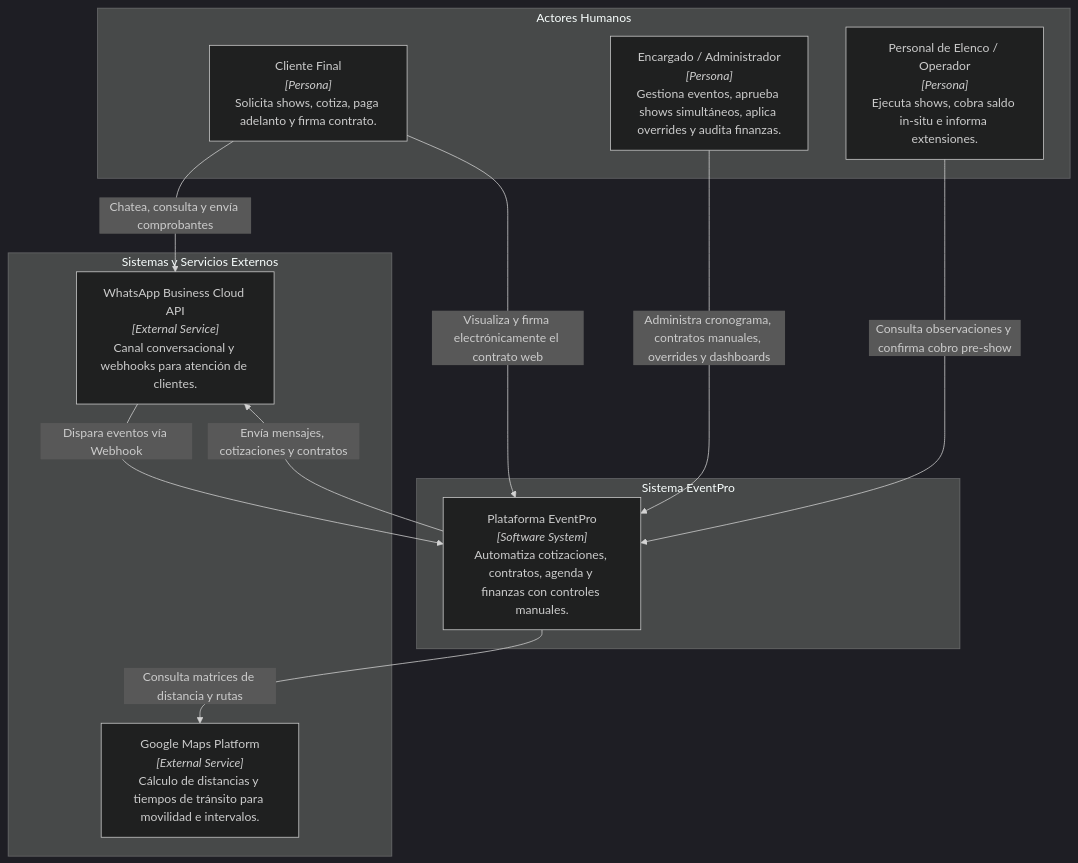
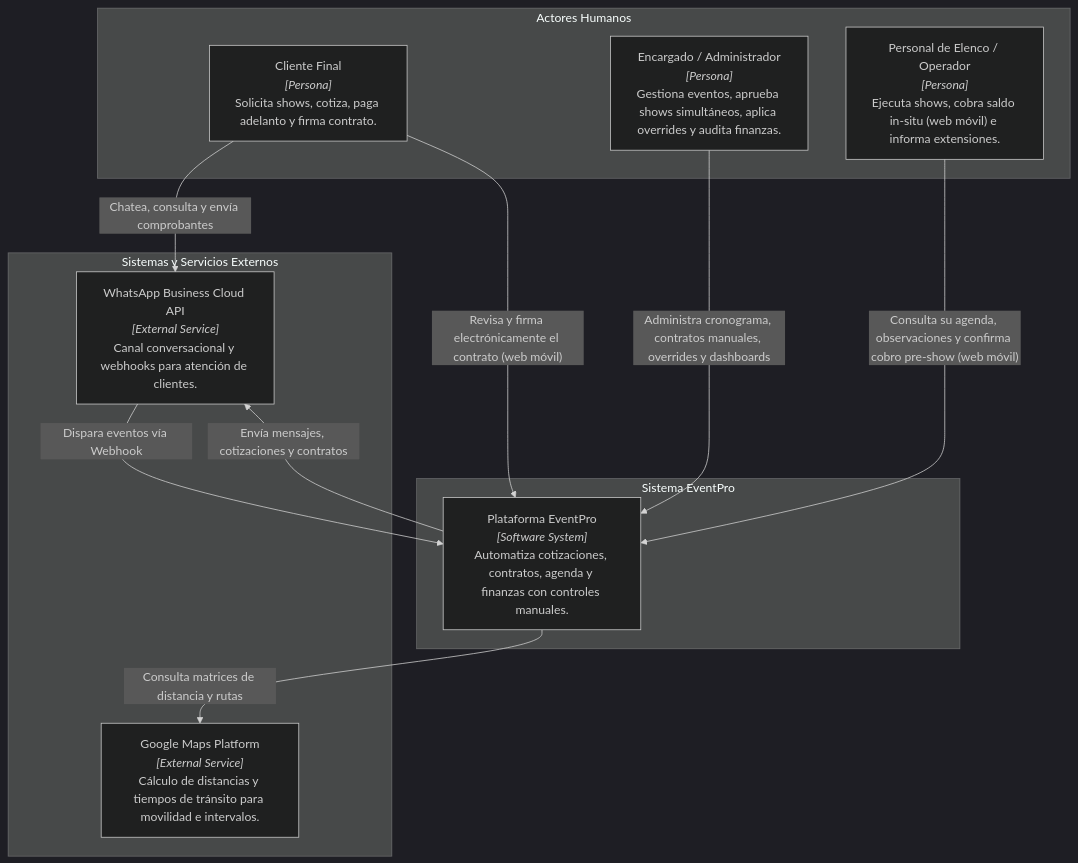
Before and after one commit to MathiasTL/EventPro-backend: the first of 3 diagrams in Docs/02-arquitectura/01-diseno-arquitectonico-c4.md, drawn with Mermaid (dark theme). The commit also changed other lines of this file and 10 other files, not shown here.

First line of the commit message:
docs: close traceability gaps and align architecture and process docs

````diff
--- a/Docs/02-arquitectura/01-diseno-arquitectonico-c4.md
+++ b/Docs/02-arquitectura/01-diseno-arquitectonico-c4.md
@@ -17,27 +17,27 @@
 ```mermaid
 flowchart TD
     subgraph Actores["Actores Humanos"]
         Cliente["Cliente Final<br/><i>[Persona]</i><br/>Solicita shows, cotiza, paga adelanto y firma contrato."]
         Encargado["Encargado / Administrador<br/><i>[Persona]</i><br/>Gestiona eventos, aprueba shows simultáneos, aplica overrides y audita finanzas."]
-        Elenco["Personal de Elenco / Operador<br/><i>[Persona]</i><br/>Ejecuta shows, cobra saldo in-situ e informa extensiones."]
+        Elenco["Personal de Elenco / Operador<br/><i>[Persona]</i><br/>Ejecuta shows, cobra saldo in-situ (web móvil) e informa extensiones."]
     end
 
     subgraph SistemaEventPro["Sistema EventPro"]
         EventProApp["Plataforma EventPro<br/><i>[Software System]</i><br/>Automatiza cotizaciones, contratos, agenda y finanzas con controles manuales."]
     end
 
     subgraph Externos["Sistemas y Servicios Externos"]
         WhatsAppAPI["WhatsApp Business Cloud API<br/><i>[External Service]</i><br/>Canal conversacional y webhooks para atención de clientes."]
         GoogleMaps["Google Maps Platform<br/><i>[External Service]</i><br/>Cálculo de distancias y tiempos de tránsito para movilidad e intervalos."]
     end
 
     Cliente -->|"Chatea, consulta y envía comprobantes"| WhatsAppAPI
     WhatsAppAPI -->|"Dispara eventos vía Webhook"| EventProApp
     EventProApp -->|"Envía mensajes, cotizaciones y contratos"| WhatsAppAPI
 
-    Cliente -->|"Visualiza y firma electrónicamente el contrato web"| EventProApp
+    Cliente -->|"Revisa y firma electrónicamente el contrato (web móvil)"| EventProApp
     Encargado -->|"Administra cronograma, contratos manuales, overrides y dashboards"| EventProApp
-    Elenco -->|"Consulta observaciones y confirma cobro pre-show"| EventProApp
+    Elenco -->|"Consulta su agenda, observaciones y confirma cobro pre-show (web móvil)"| EventProApp
 
     EventProApp -->|"Consulta matrices de distancia y rutas"| GoogleMaps
 ```
````
